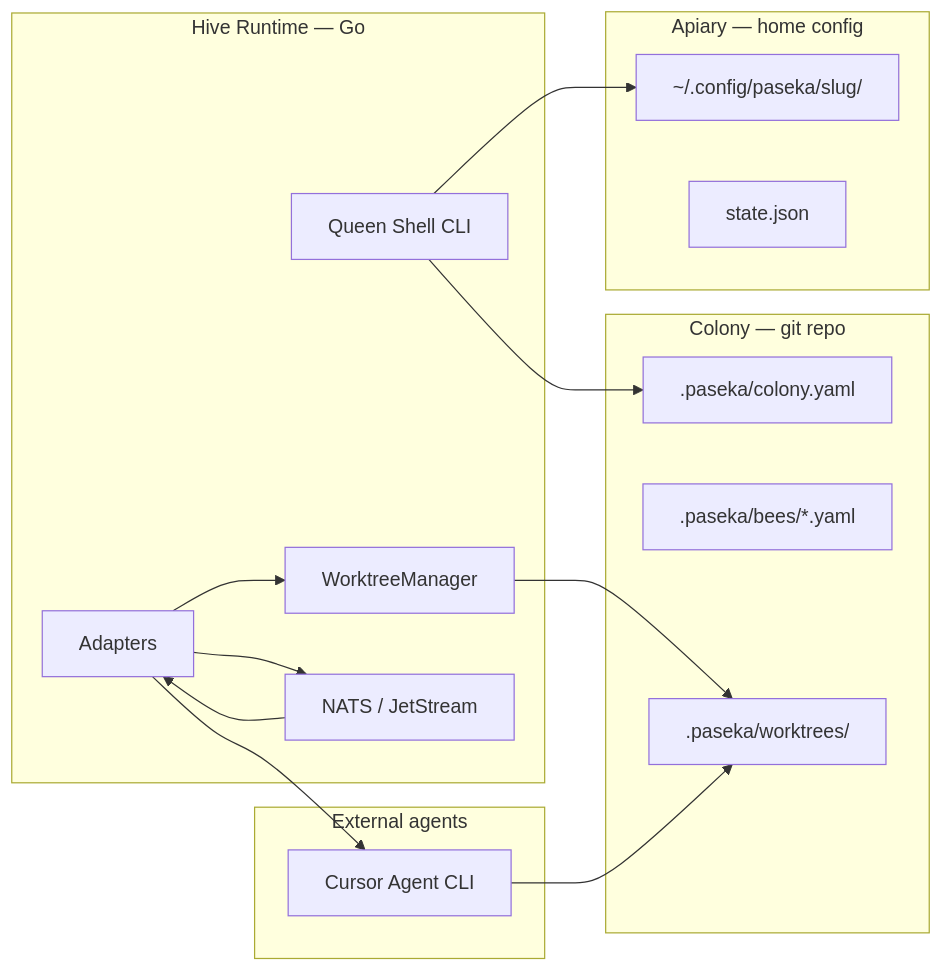
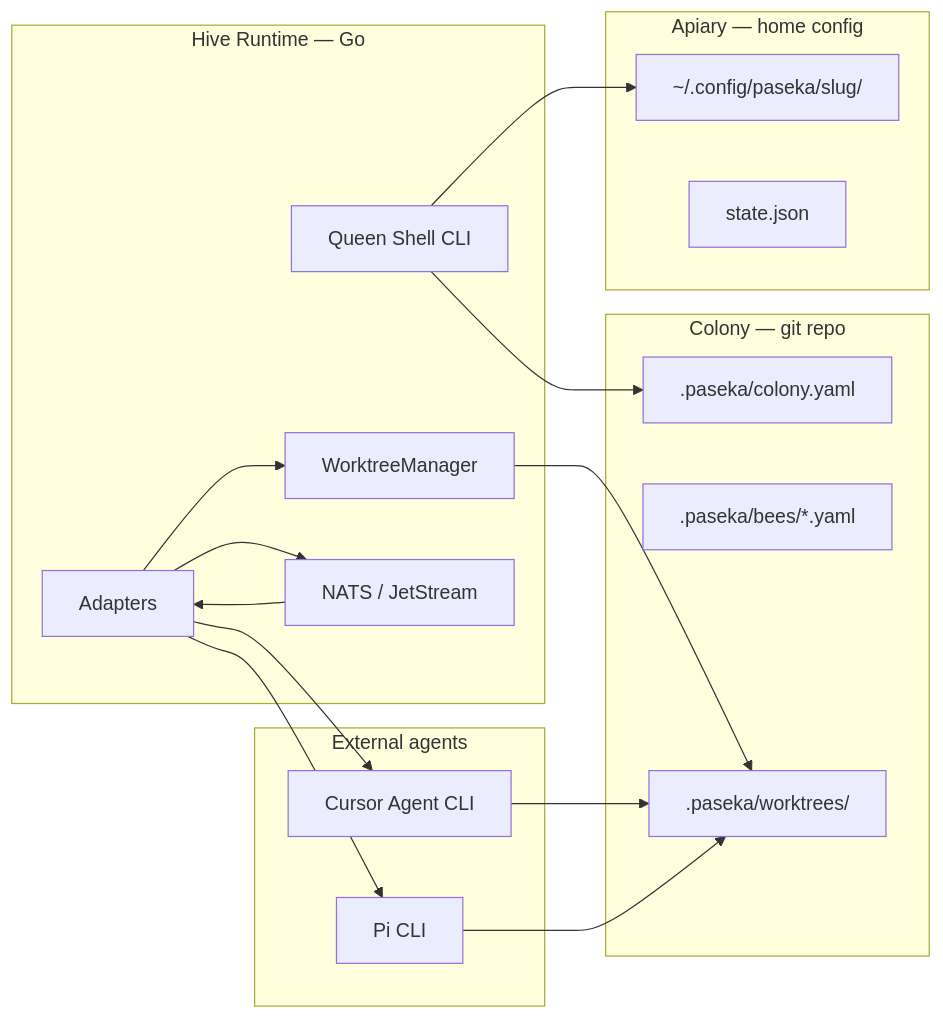
One commit to russ-p/paseka changed the diagram in docs/003-architecture.md. Above: the diagram before and after it, drawn with Mermaid. The commit also changed other lines of this file and 2 other files, not shown here.

First line of the commit message:
Document Pi adapter across architecture, HITL, and CLI guides.

````diff
--- a/docs/003-architecture.md
+++ b/docs/003-architecture.md
@@ -384,33 +457,36 @@
 ```mermaid
 flowchart LR
   subgraph repo [Colony — git repo]
     PC[.paseka/colony.yaml]
     PB[.paseka/bees/*.yaml]
     WT[.paseka/worktrees/]
   end
 
   subgraph home [Apiary — home config]
     HC[~/.config/paseka/slug/]
     ST[state.json]
   end
 
   subgraph runtime [Hive Runtime — Go]
     QS[Queen Shell CLI]
     WM[WorktreeManager]
     AD[Adapters]
     BUS[NATS / JetStream]
   end
 
   subgraph external [External agents]
     CR[Cursor Agent CLI]
+    PI[Pi CLI]
   end
 
   QS --> PC
   QS --> HC
   BUS --> AD
   AD --> WM
   WM --> WT
   AD --> CR
+  AD --> PI
   CR --> WT
+  PI --> WT
   AD --> BUS
 ```
````
